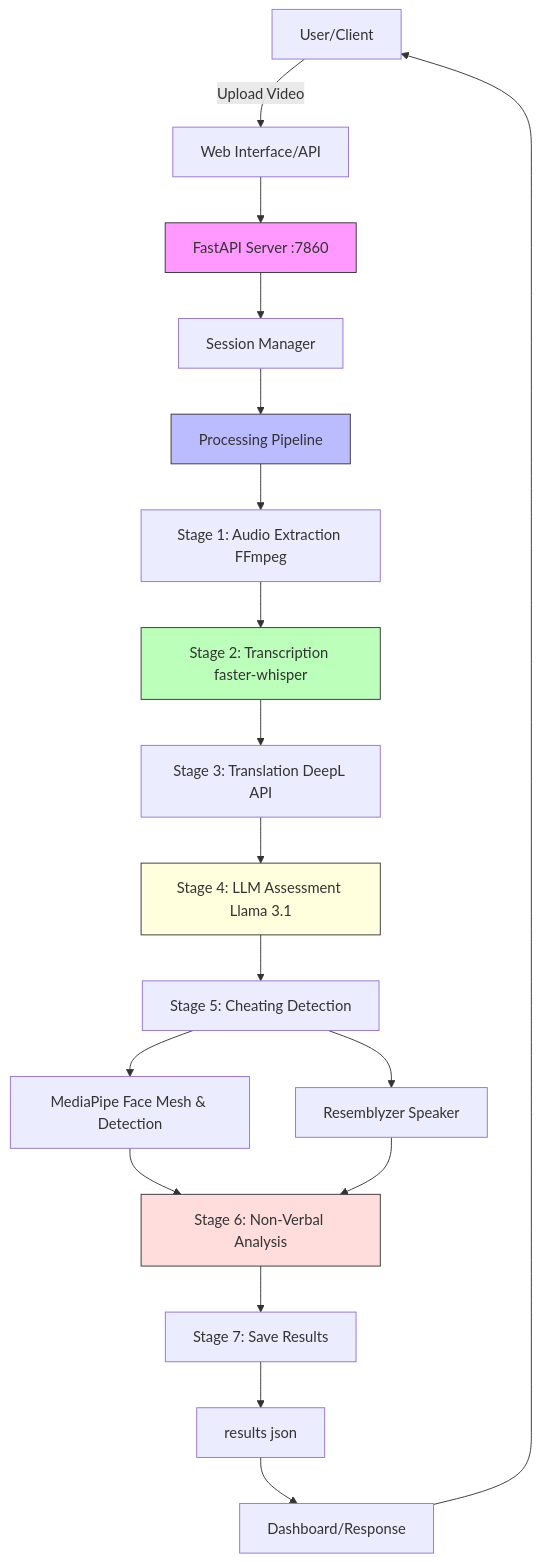
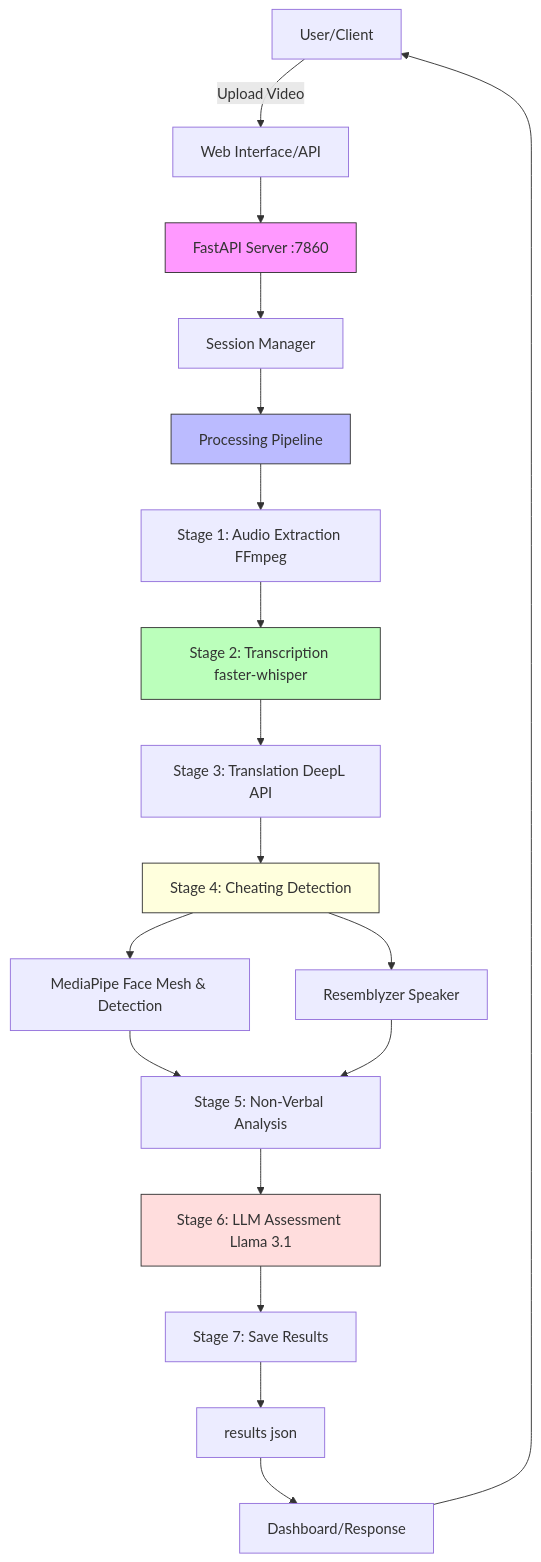
The first of 4 diagrams in mkdocs/docs/development/architecture.md (dapakyuu/Interview_Assesment_System), drawn with Mermaid before and after one commit. The commit also changed 3 other files, not shown here.

````diff
--- a/mkdocs/docs/development/architecture.md
+++ b/mkdocs/docs/development/architecture.md
@@ -9,31 +9,32 @@
 ```mermaid
 graph TB
     A["User/Client"] -->|"Upload Video"| B["Web Interface/API"]
     B --> C["FastAPI Server :7860"]
     C --> D["Session Manager"]
     D --> E["Processing Pipeline"]
 
     E --> F["Stage 1: Audio Extraction FFmpeg"]
     F --> G["Stage 2: Transcription faster-whisper"]
     G --> H["Stage 3: Translation DeepL API"]
-    H --> I["Stage 4: LLM Assessment Llama 3.1"]
 
-    I --> J["Stage 5: Cheating Detection"]
-    J --> K1["MediaPipe Face Mesh & Detection"]
-    J --> K2["Resemblyzer Speaker"]
 
-    K1 --> L["Stage 6: Non-Verbal Analysis"]
-    K2 --> L["Stage 6: Non-Verbal Analysis"]
+    H --> I["Stage 4: Cheating Detection"]
+    I --> J1["MediaPipe Face Mesh & Detection"]
+    I --> J2["Resemblyzer Speaker"]
+
+    J1 --> K["Stage 5: Non-Verbal Analysis"]
+    J2 --> K["Stage 5: Non-Verbal Analysis"]
+    K --> L["Stage 6: LLM Assessment Llama 3.1"]
 
     L --> M["Stage 7: Save Results"]
 
     M --> N["results json"]
     N --> O["Dashboard/Response"]
     O --> A
 
     style C fill:#f9f,stroke:#333
     style E fill:#bbf,stroke:#333
     style G fill:#bfb,stroke:#333
     style I fill:#ffd,stroke:#333
     style L fill:#fdd,stroke:#333
 ```
````
